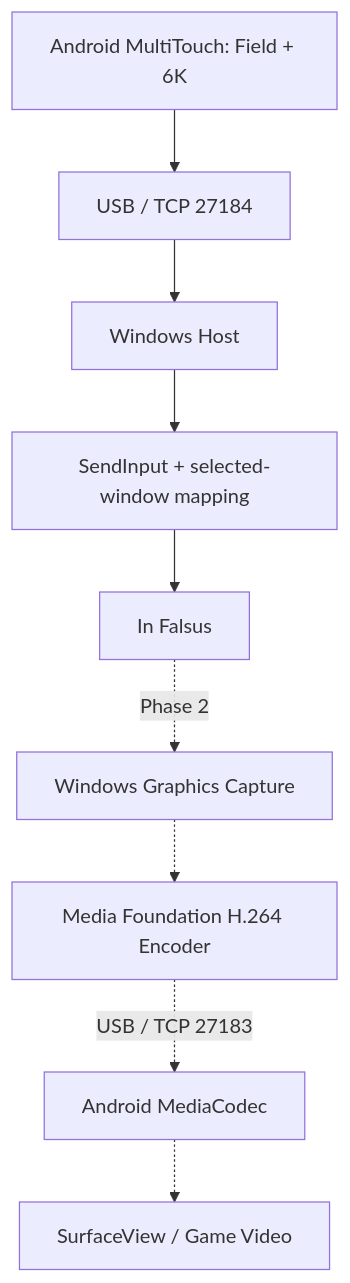
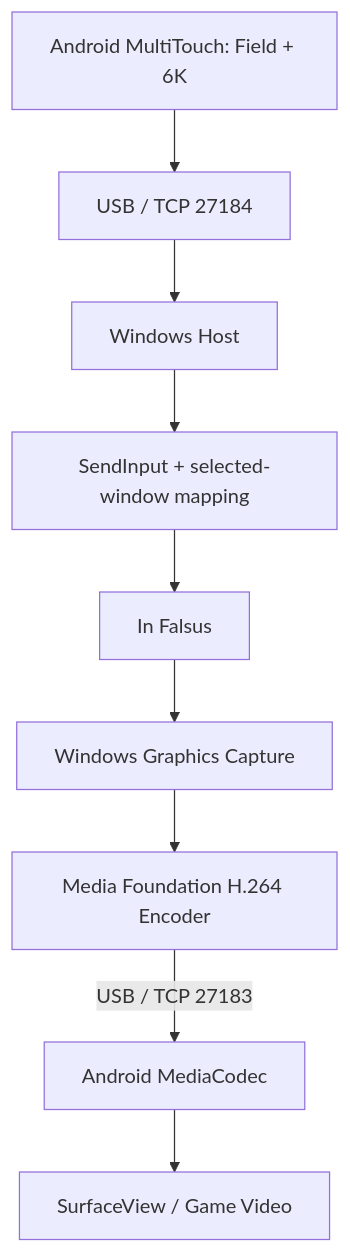
Before and after one commit to Cedarflake/InFalsusTouch: the diagram in README.md, drawn with Mermaid. The commit also changed other lines of this file and 51 other files, not shown here.

Commit message:
feat: stream hardware H.264 video over USB

````diff
--- a/README.md
+++ b/README.md
@@ -98,11 +119,11 @@
 ```mermaid
 flowchart TD
-  Game[In Falsus] -. Phase 2 .-> WGC[Windows Graphics Capture]
-  WGC -.-> H264[Media Foundation H.264 Encoder]
-  H264 -. USB / TCP 27183 .-> Codec[Android MediaCodec]
-  Codec -.-> Video[SurfaceView / Game Video]
+  Game[In Falsus] --> WGC[Windows Graphics Capture]
+  WGC --> H264[Media Foundation H.264 Encoder]
+  H264 -- USB / TCP 27183 --> Codec[Android MediaCodec]
+  Codec --> Video[SurfaceView / Game Video]
   Touch[Android MultiTouch: Field + 6K] --> Input[USB / TCP 27184]
   Input --> Host[Windows Host]
   Host --> SendInput[SendInput + selected-window mapping]
   SendInput --> Game
 ```
````
